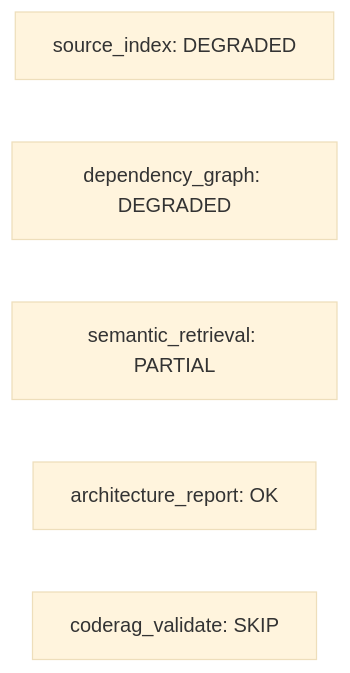
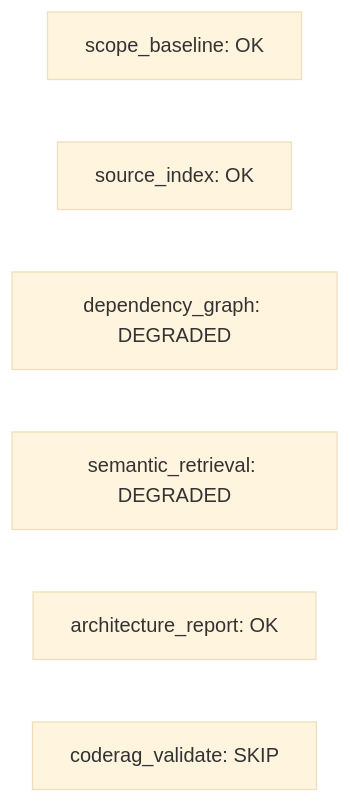
Before and after one commit to scl2bp/refactor_cli: the first of 7 diagrams in .refactor/analysis/candidates/report.md, drawn with Mermaid (base theme). The commit also changed other lines of this file and 6 other files, not shown here.

Commit message:
Implement scope baseline analysis and enhance candidate report with AST integration

````diff
--- a/.refactor/analysis/candidates/report.md
+++ b/.refactor/analysis/candidates/report.md
@@ -37,8 +41,9 @@
 ```mermaid
 flowchart LR
-  source_index["source_index: DEGRADED"]
+  scope_baseline["scope_baseline: OK"]
+  source_index["source_index: OK"]
   dependency_graph["dependency_graph: DEGRADED"]
-  semantic_retrieval["semantic_retrieval: PARTIAL"]
+  semantic_retrieval["semantic_retrieval: DEGRADED"]
   architecture_report["architecture_report: OK"]
   coderag_validate["coderag_validate: SKIP"]
 ```
````
